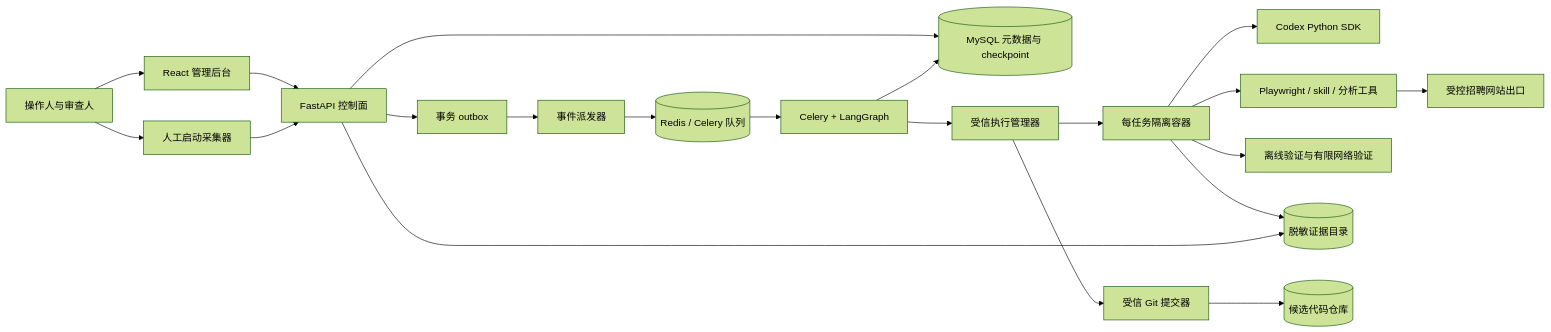
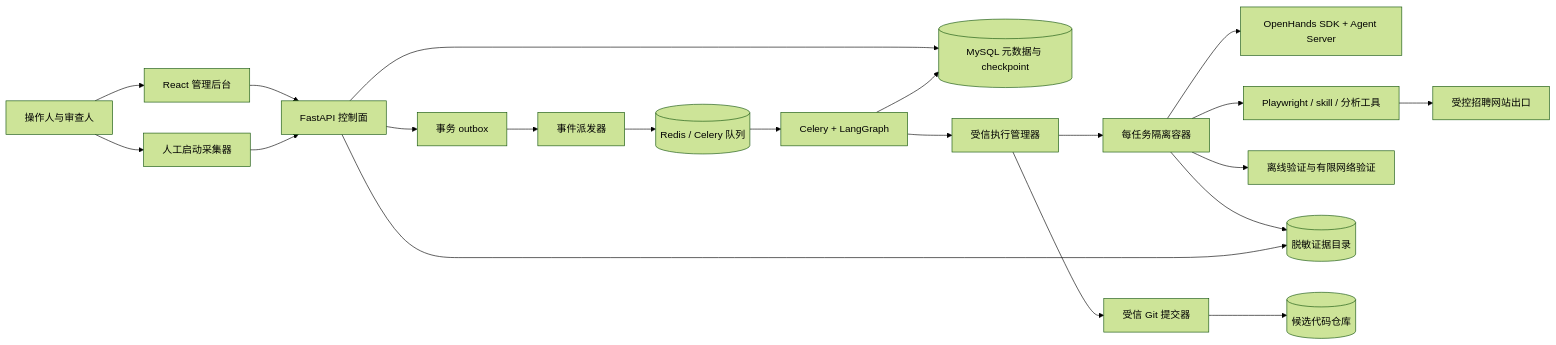
The second of 2 diagrams in docs/开发设计.md (2185359703/Spider-Agent), drawn with Mermaid (forest theme) before and after one commit. The commit also changed other lines of this file and 14 other files, not shown here.

Commit message:
refactor(agent): 将 Codex Python SDK 替换为 OpenHands Agent Server

```diff
--- a/docs/开发设计.md
+++ b/docs/开发设计.md
@@ -168,23 +168,23 @@
 ~~~mermaid
 flowchart LR
     U["操作人与审查人"] --> WEB["React 管理后台"]
     WEB --> API["FastAPI 控制面"]
     API --> DB[("MySQL 元数据与 checkpoint")]
     API --> OUT["事务 outbox"]
     OUT --> DIS["事件派发器"]
     DIS --> REDIS[("Redis / Celery 队列")]
     REDIS --> W["Celery + LangGraph"]
     W --> DB
     W --> RM["受信执行管理器"]
     RM --> BOX["每任务隔离容器"]
-    BOX --> AI["Codex Python SDK"]
+    BOX --> AI["OpenHands SDK + Agent Server"]
     BOX --> SITE["Playwright / skill / 分析工具"]
     BOX --> TEST["离线验证与有限网络验证"]
     SITE --> NET["受控招聘网站出口"]
     BOX --> FILES[("脱敏证据目录")]
     RM --> GIT["受信 Git 提交器"]
     GIT --> REPO[("候选代码仓库")]
     U --> MANUAL["人工启动采集器"]
     MANUAL --> API
     API --> FILES
 ~~~
```
